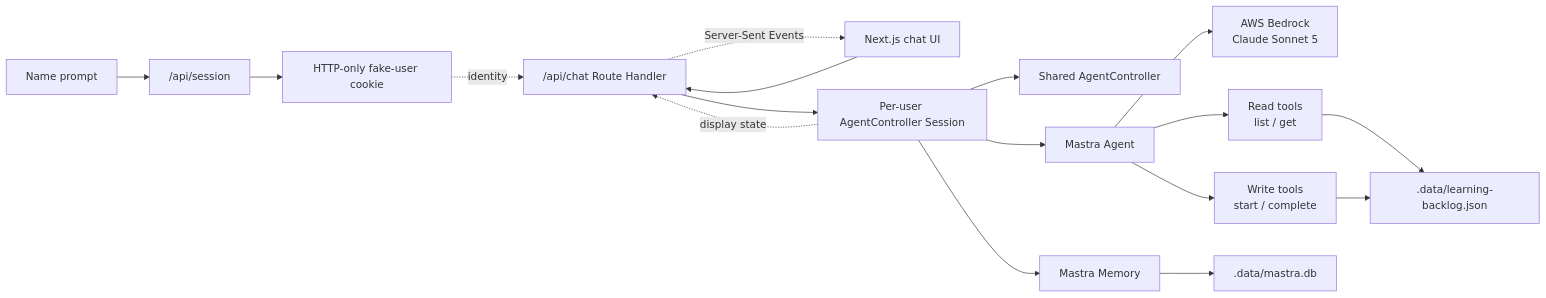
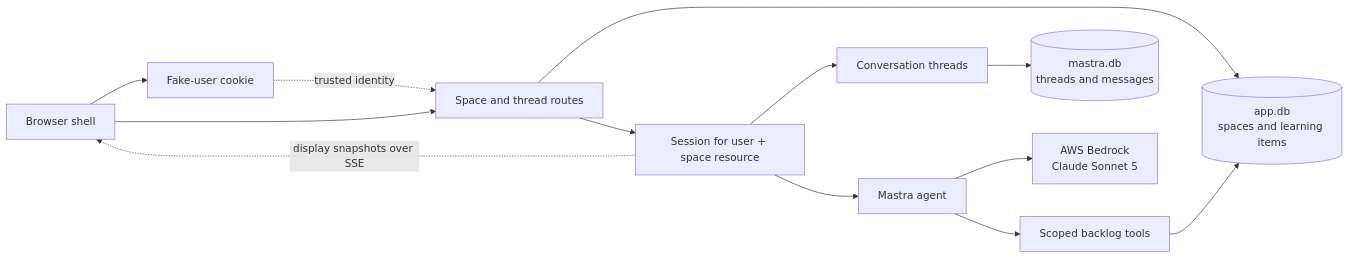
One commit to eyablonowitz/mastra-learning changed the first of 2 diagrams in README.md. Above: the diagram before and after it, drawn with Mermaid. The commit also changed other lines of this file and 42 other files, not shown here.

Commit message:
isolated app data, support multiple learning spaces, and thread selection

````diff
--- a/README.md
+++ b/README.md
@@ -35,19 +49,15 @@
 ```mermaid
 flowchart LR
-    Prompt["Name prompt"] --> Auth["/api/session"]
-    Auth --> Cookie["HTTP-only fake-user cookie"]
-    UI["Next.js chat UI"] --> Route["/api/chat Route Handler"]
-    Cookie -. "identity" .-> Route
-    Route --> Session["Per-user AgentController Session"]
-    Session --> Controller["Shared AgentController"]
-    Session --> Agent["Mastra Agent"]
+    Browser["Browser shell"] --> Auth["Fake-user cookie"]
+    Browser --> Spaces["Space and thread routes"]
+    Auth -. "trusted identity" .-> Spaces
+    Spaces --> AppDB[("app.db<br/>spaces and learning items")]
+    Spaces --> Session["Session for user + space resource"]
+    Session --> Threads["Conversation threads"]
+    Threads --> MastraDB[("mastra.db<br/>threads and messages")]
+    Session --> Agent["Mastra agent"]
     Agent --> Bedrock["AWS Bedrock<br/>Claude Sonnet 5"]
-    Agent --> Reads["Read tools<br/>list / get"]
-    Agent --> Writes["Write tools<br/>start / complete"]
-    Reads --> Backlog[".data/learning-backlog.json"]
-    Writes --> Backlog
-    Session --> Memory["Mastra Memory"]
-    Memory --> LibSQL[".data/mastra.db"]
-    Session -. "display state" .-> Route
-    Route -. "Server-Sent Events" .-> UI
+    Agent --> Tools["Scoped backlog tools"]
+    Tools --> AppDB
+    Session -. "display snapshots over SSE" .-> Browser
 ```
````
